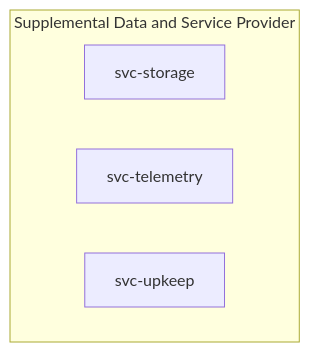
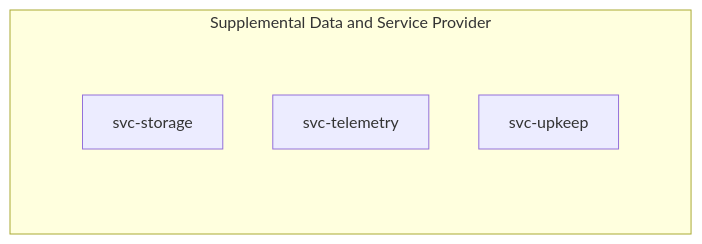
The second of 6 diagrams in docs/conops.md (aetheric-oss/se-services), drawn with Mermaid before and after one commit. The commit also changed other lines of this file, not shown here.

Commit message:
Add padding to diagrams

````diff
--- a/docs/conops.md
+++ b/docs/conops.md
@@ -112,9 +116,16 @@
 ```mermaid
 graph TB
+classDef subgraph_padding fill:none,stroke:none
 
 subgraph Supplemental Data and Service Provider
+    subgraph p [ ]
+
 	stor[svc-storage]
 	tlm[svc-telemetry]
 	upk[svc-upkeep]
+
+    end
 end
+
+class p subgraph_padding
 ```
````
